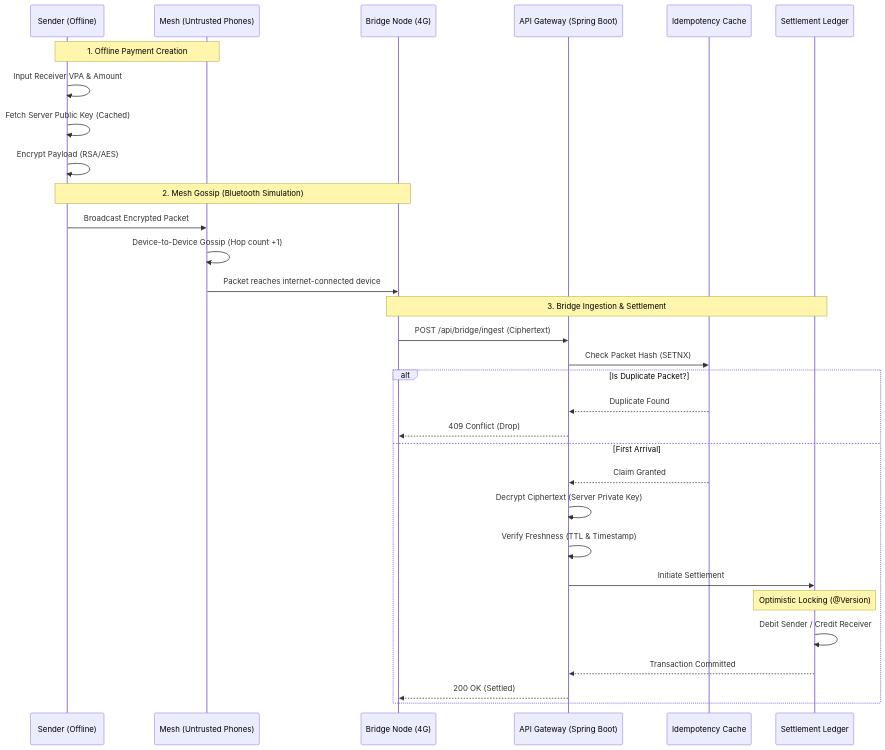
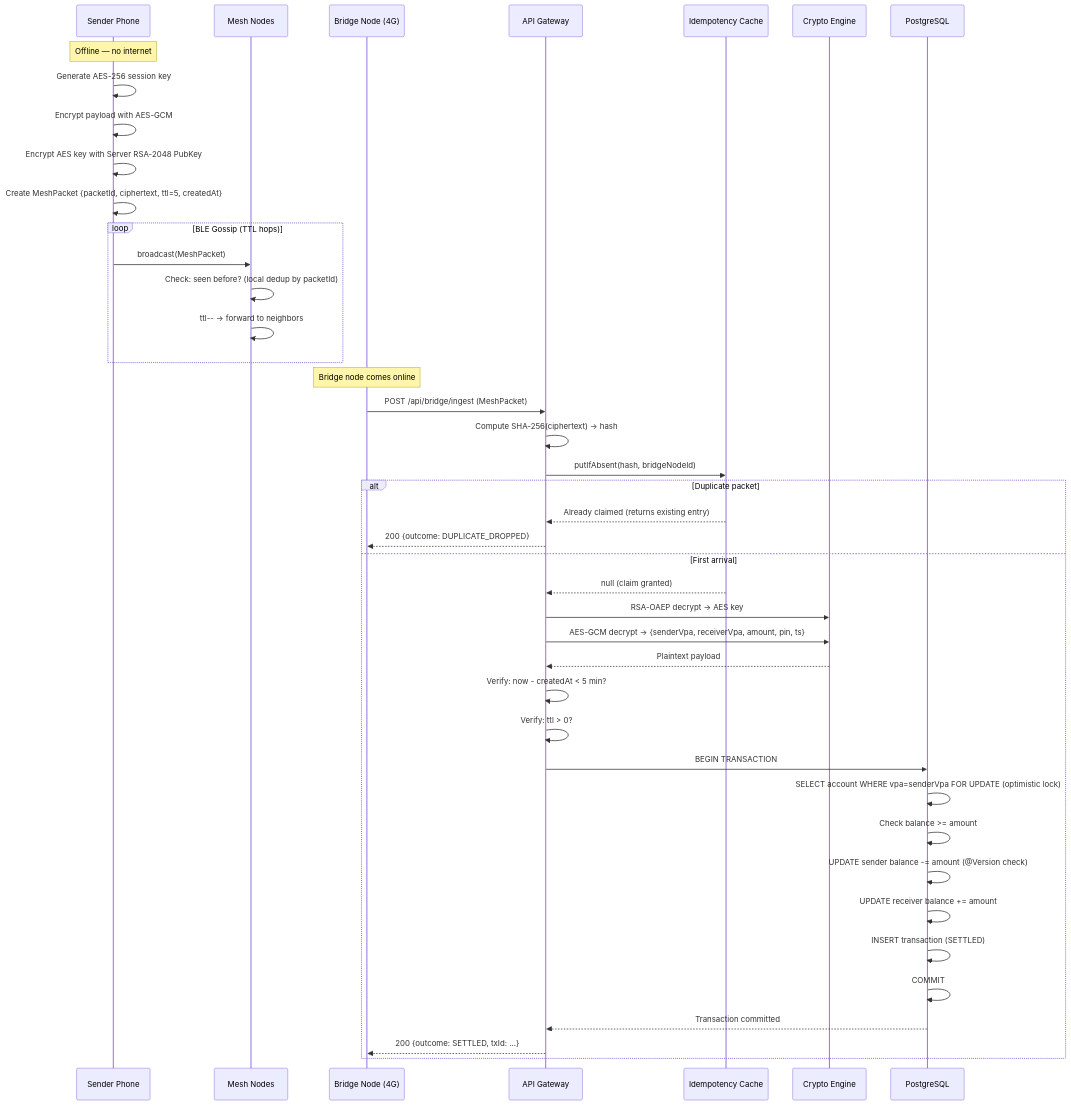
Before and after one commit to nims-creation/TrustMesh: the third of 4 diagrams in README.md, drawn with Mermaid. The commit also changed other lines of this file, not shown here.

Commit message:
docs: complete README overhaul with system design, architecture diagrams, and security model

````diff
--- a/README.md
+++ b/README.md
@@ -53,38 +248,55 @@
 ```mermaid
 sequenceDiagram
-    participant S as Sender (Offline)
-    participant M as Mesh (Untrusted Phones)
+    participant S as Sender Phone
+    participant M as Mesh Nodes
     participant B as Bridge Node (4G)
-    participant API as API Gateway (Spring Boot)
+    participant GW as API Gateway
     participant IC as Idempotency Cache
-    participant Core as Settlement Ledger
+    participant CRYPTO as Crypto Engine
+    participant DB as PostgreSQL
 
-    Note over S,M: 1. Offline Payment Creation
-    S->>S: Input Receiver VPA & Amount
-    S->>S: Fetch Server Public Key (Cached)
-    S->>S: Encrypt Payload (RSA/AES)
-    
-    Note over S,B: 2. Mesh Gossip (Bluetooth Simulation)
-    S->>M: Broadcast Encrypted Packet
-    M->>M: Device-to-Device Gossip (Hop count +1)
-    M->>B: Packet reaches internet-connected device
-    
-    Note over B,Core: 3. Bridge Ingestion & Settlement
-    B->>API: POST /api/bridge/ingest (Ciphertext)
-    
-    API->>IC: Check Packet Hash (SETNX)
-    alt Is Duplicate Packet?
-        IC-->>API: Duplicate Found
-        API-->>B: 409 Conflict (Drop)
-    else First Arrival
-        IC-->>API: Claim Granted
-        API->>API: Decrypt Ciphertext (Server Private Key)
-        API->>API: Verify Freshness (TTL & Timestamp)
-        
-        API->>Core: Initiate Settlement
-        Note over Core: Optimistic Locking (@Version)
-        Core->>Core: Debit Sender / Credit Receiver
-        Core-->>API: Transaction Committed
-        API-->>B: 200 OK (Settled)
+    Note over S: Offline — no internet
+
+    S->>S: Generate AES-256 session key
+    S->>S: Encrypt payload with AES-GCM
+    S->>S: Encrypt AES key with Server RSA-2048 PubKey
+    S->>S: Create MeshPacket {packetId, ciphertext, ttl=5, createdAt}
+
+    loop BLE Gossip (TTL hops)
+        S->>M: broadcast(MeshPacket)
+        M->>M: Check: seen before? (local dedup by packetId)
+        M->>M: ttl-- → forward to neighbors
+    end
+
+    Note over B: Bridge node comes online
+
+    B->>GW: POST /api/bridge/ingest (MeshPacket)
+    GW->>GW: Compute SHA-256(ciphertext) → hash
+
+    GW->>IC: putIfAbsent(hash, bridgeNodeId)
+
+    alt Duplicate packet
+        IC-->>GW: Already claimed (returns existing entry)
+        GW-->>B: 200 {outcome: DUPLICATE_DROPPED}
+    else First arrival
+        IC-->>GW: null (claim granted)
+
+        GW->>CRYPTO: RSA-OAEP decrypt → AES key
+        GW->>CRYPTO: AES-GCM decrypt → {senderVpa, receiverVpa, amount, pin, ts}
+        CRYPTO-->>GW: Plaintext payload
+
+        GW->>GW: Verify: now - createdAt < 5 min?
+        GW->>GW: Verify: ttl > 0?
+
+        GW->>DB: BEGIN TRANSACTION
+        DB->>DB: SELECT account WHERE vpa=senderVpa FOR UPDATE (optimistic lock)
+        DB->>DB: Check balance >= amount
+        DB->>DB: UPDATE sender balance -= amount (@Version check)
+        DB->>DB: UPDATE receiver balance += amount
+        DB->>DB: INSERT transaction (SETTLED)
+        DB->>DB: COMMIT
+
+        DB-->>GW: Transaction committed
+        GW-->>B: 200 {outcome: SETTLED, txId: ...}
     end
 ```
````
